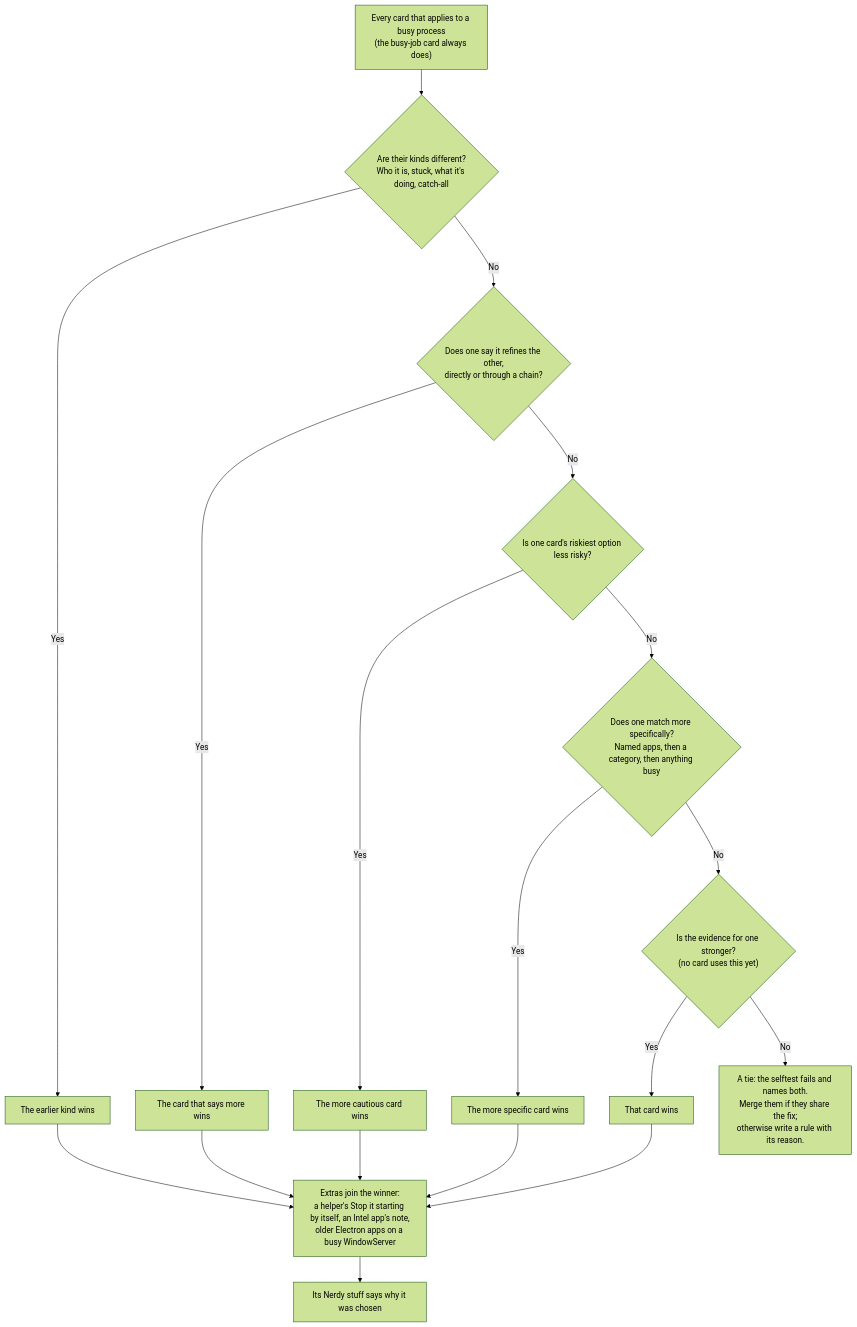
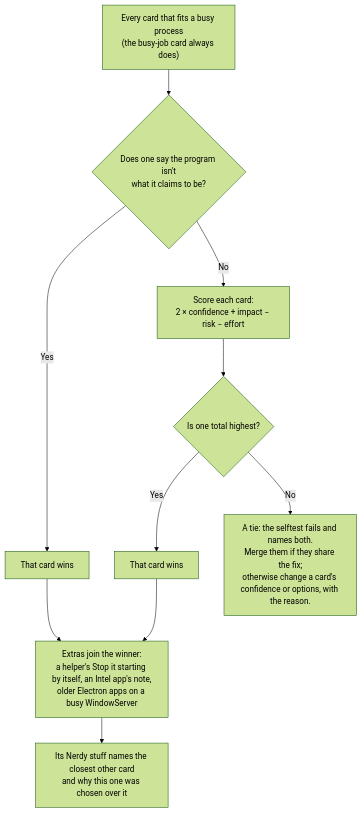
One commit to ThePhilDiamond/CoolHead changed the diagram in docs/DIAGNOSIS.md. Above: the diagram before and after it, drawn with Mermaid (forest theme). The commit also changed other lines of this file and 13 other files, not shown here.

First line of the commit message:
Choose a process's card by a score: confidence, impact, risk and effort

````diff
--- a/docs/DIAGNOSIS.md
+++ b/docs/DIAGNOSIS.md
@@ -69,16 +72,11 @@
 ```mermaid
 flowchart TD
-    start["Every card that applies to a busy process<br/>(the busy-job card always does)"] --> kind
-    kind{"Are their kinds different?<br/>Who it is, stuck, what it's doing, catch-all"} -- Yes --> kindWins["The earlier kind wins"]
-    kind -- No --> refines{"Does one say it refines the other,<br/>directly or through a chain?"}
-    refines -- Yes --> refinesWins["The card that says more wins"]
-    refines -- No --> caution{"Is one card's riskiest option less risky?"}
-    caution -- Yes --> cautionWins["The more cautious card wins"]
-    caution -- No --> match{"Does one match more specifically?<br/>Named apps, then a category, then anything busy"}
-    match -- Yes --> matchWins["The more specific card wins"]
-    match -- No --> evidence{"Is the evidence for one stronger?<br/>(no card uses this yet)"}
-    evidence -- Yes --> evidenceWins["That card wins"]
-    evidence -- No --> tie["A tie: the selftest fails and names both.<br/>Merge them if they share the fix;<br/>otherwise write a rule with its reason."]
-    kindWins & refinesWins & cautionWins & matchWins & evidenceWins --> extras["Extras join the winner:<br/>a helper's Stop it starting by itself, an Intel app's note,<br/>older Electron apps on a busy WindowServer"]
-    extras --> why["Its Nerdy stuff says why it was chosen"]
+    start["Every card that fits a busy process<br/>(the busy-job card always does)"] --> identity
+    identity{"Does one say the program isn't<br/>what it claims to be?"} -- Yes --> identityWins["That card wins"]
+    identity -- No --> score["Score each card:<br/>2 × confidence + impact − risk − effort"]
+    score --> top{"Is one total highest?"}
+    top -- Yes --> topWins["That card wins"]
+    top -- No --> tie["A tie: the selftest fails and names both.<br/>Merge them if they share the fix;<br/>otherwise change a card's confidence or options, with the reason."]
+    identityWins & topWins --> extras["Extras join the winner:<br/>a helper's Stop it starting by itself, an Intel app's note,<br/>older Electron apps on a busy WindowServer"]
+    extras --> why["Its Nerdy stuff names the closest other card<br/>and why this one was chosen over it"]
 ```
````
